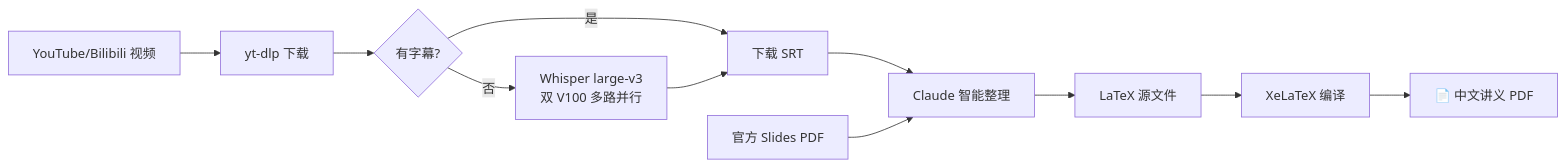
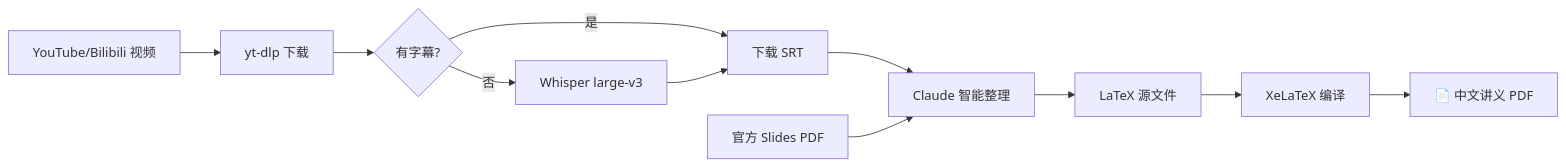
One commit to hqhq1025/ai-course-notes changed the diagram in README.md. Above: the diagram before and after it, drawn with Mermaid. The commit also changed other lines of this file, not shown here.

Commit message:
README: add articles section, remove hardware-specific info from diagram

````diff
--- a/README.md
+++ b/README.md
@@ -132,13 +152,13 @@
 ```mermaid
 graph LR
     A[YouTube/Bilibili 视频] --> B[yt-dlp 下载]
     B --> C{有字幕?}
     C -->|是| D[下载 SRT]
-    C -->|否| E[Whisper large-v3<br/>双 V100 多路并行]
+    C -->|否| E[Whisper large-v3]
     E --> D
     D --> F[Claude 智能整理]
     G[官方 Slides PDF] --> F
     F --> H[LaTeX 源文件]
     H --> I[XeLaTeX 编译]
     I --> J[📄 中文讲义 PDF]
 ```
````
